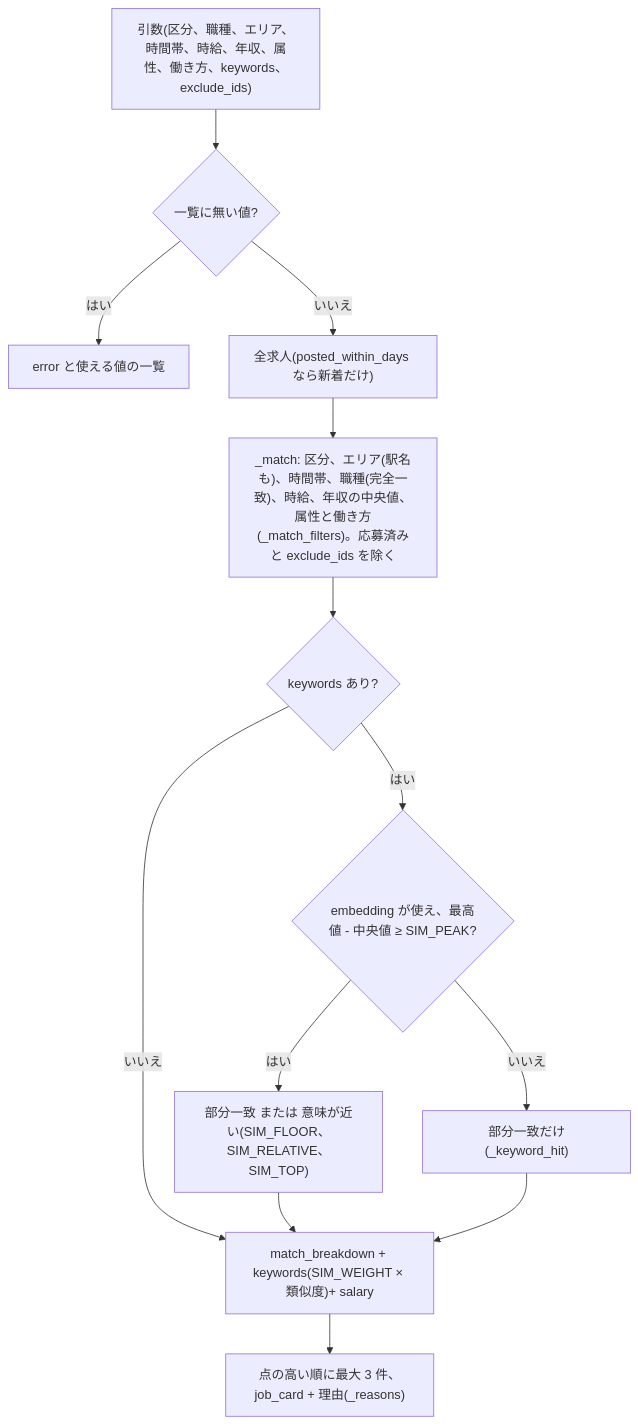
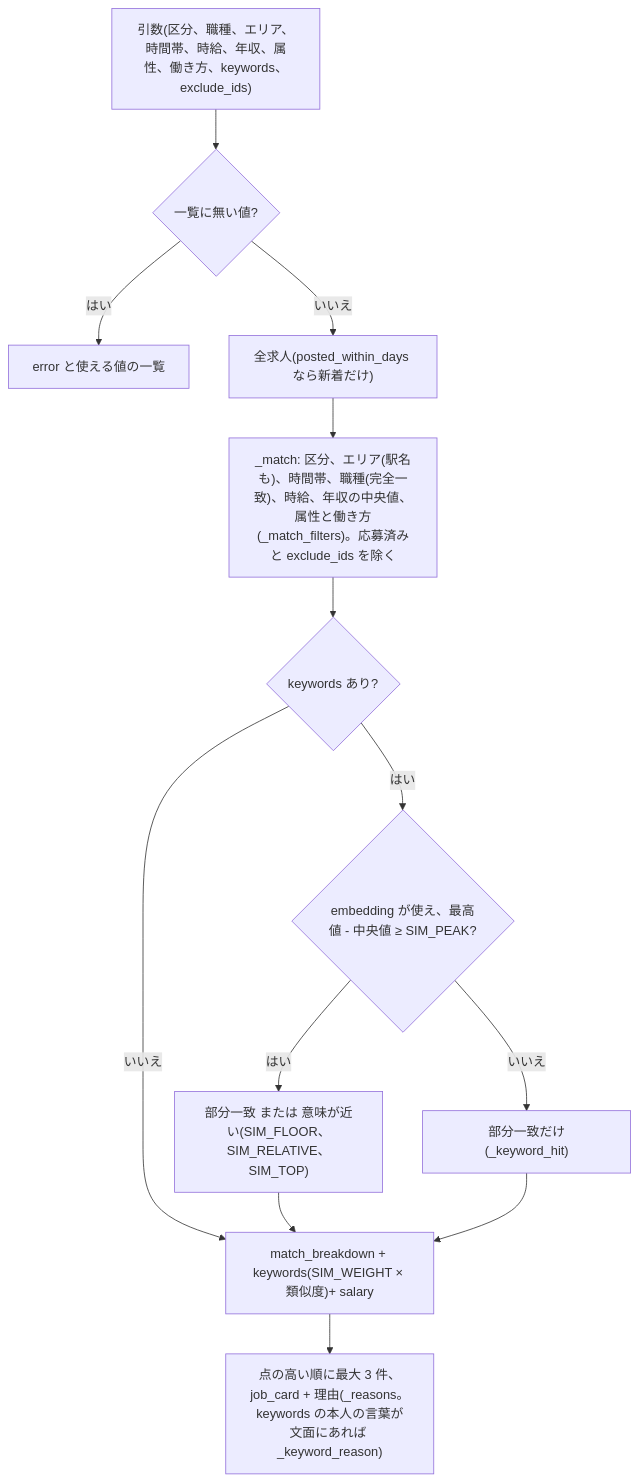
Before and after one commit to jyoka/aica: the tenth of 12 diagrams in docs/architecture/lld.md, drawn with Mermaid. The commit also changed other lines of this file and 7 other files, not shown here.

````diff
--- a/docs/architecture/lld.md
+++ b/docs/architecture/lld.md
@@ -990,23 +990,23 @@
 ```mermaid
 flowchart TB
     args["引数(区分、職種、エリア、時間帯、時給、年収、属性、働き方、keywords、exclude_ids)"]
     err{"一覧に無い値?"}
     errout["error と使える値の一覧"]
     pool["全求人(posted_within_days なら新着だけ)"]
     match["_match: 区分、エリア(駅名も)、時間帯、職種(完全一致)、時給、年収の中央値、属性と働き方(_match_filters)。応募済みと exclude_ids を除く"]
     kw{"keywords あり?"}
     sem{"embedding が使え、最高値 - 中央値 ≥ SIM_PEAK?"}
     near["部分一致 または 意味が近い(SIM_FLOOR、SIM_RELATIVE、SIM_TOP)"]
     part["部分一致だけ(_keyword_hit)"]
     score["match_breakdown + keywords(SIM_WEIGHT × 類似度)+ salary"]
-    top["点の高い順に最大 3 件、job_card + 理由(_reasons)"]
+    top["点の高い順に最大 3 件、job_card + 理由(_reasons。keywords の本人の言葉が文面にあれば _keyword_reason)"]
 
     args --> err
     err -- "はい" --> errout
     err -- "いいえ" --> pool --> match --> kw
     kw -- "いいえ" --> score
     kw -- "はい" --> sem
     sem -- "はい" --> near --> score
     sem -- "いいえ" --> part --> score
     score --> top
 ```
````
